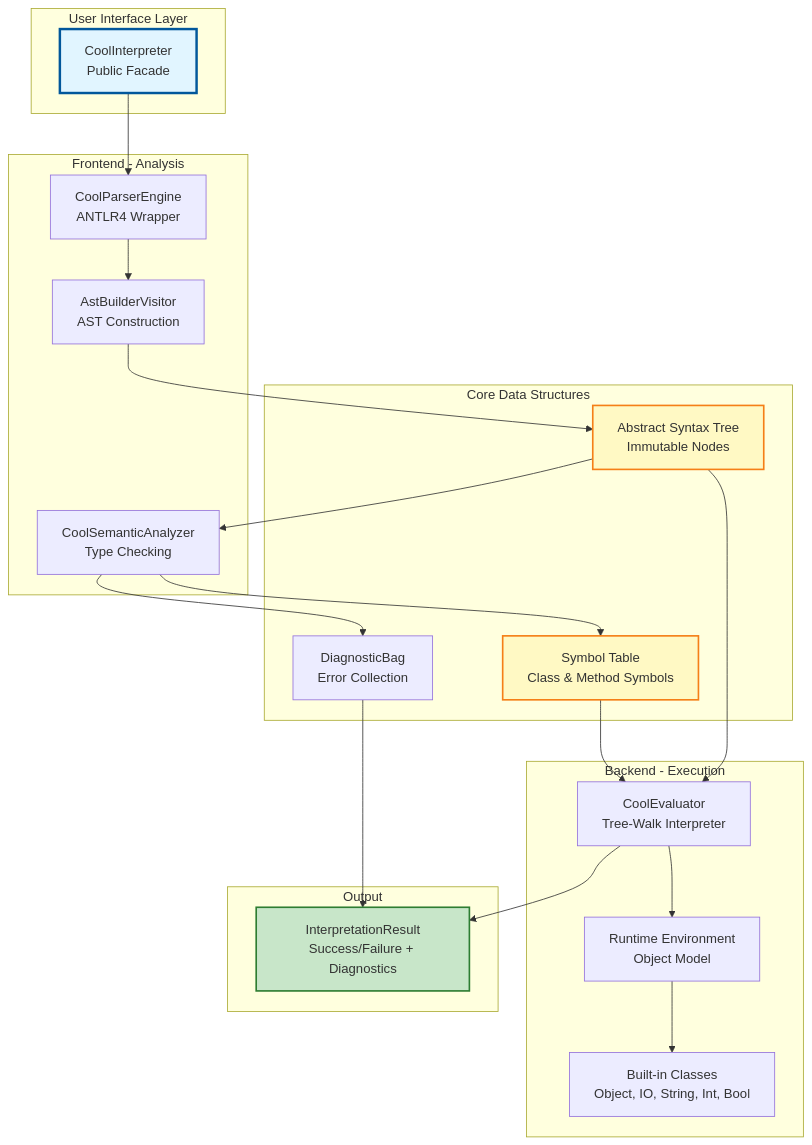
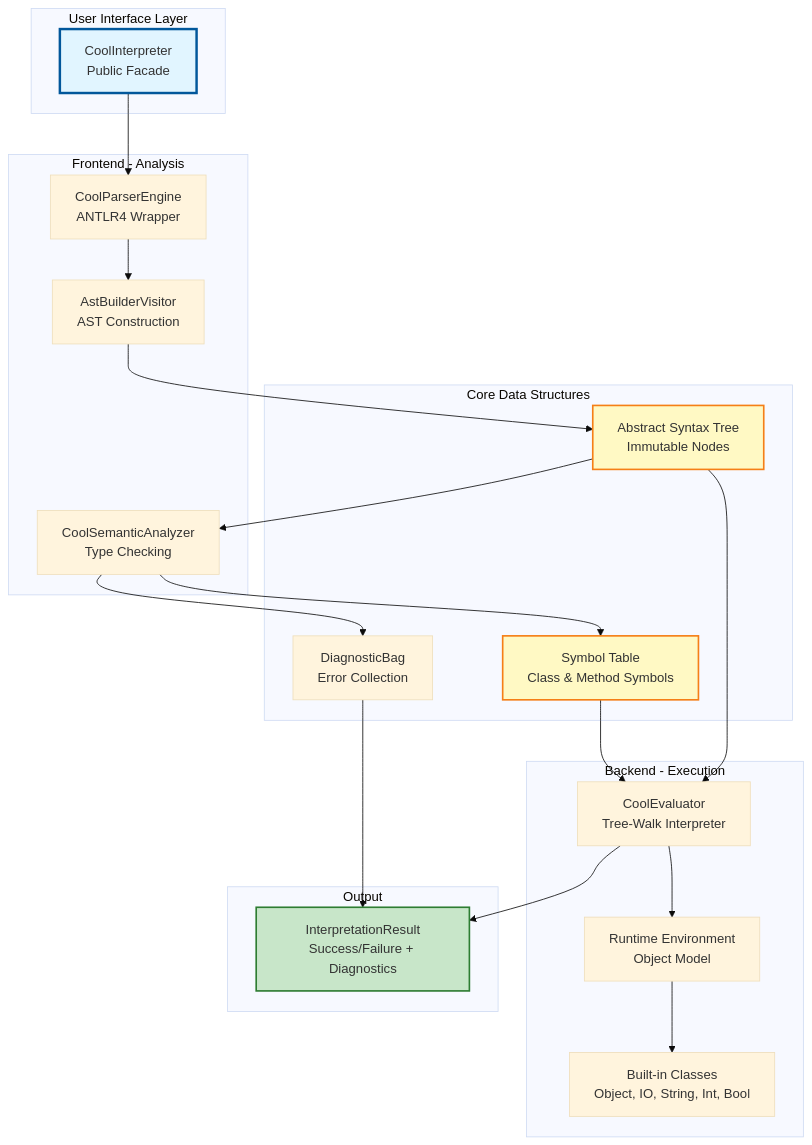
Before and after one commit to michifueby/Cool-Interpreter: the first of 6 diagrams in docs/01-ARCHITECTURE.md, drawn with Mermaid. The commit also changed other lines of this file, not shown here.

Commit message:
Update architecture documentation diagrams with font color

````diff
--- a/docs/01-ARCHITECTURE.md
+++ b/docs/01-ARCHITECTURE.md
@@ -30,48 +30,50 @@
 ```mermaid
+%%{init: {'theme': 'base', 'themeVariables': { 'textColor': '#ffffff'}}}%%
+
 flowchart TB
     subgraph "User Interface Layer"
         UI[CoolInterpreter<br/>Public Facade]
     end
     
     subgraph "Frontend - Analysis"
         Parser[CoolParserEngine<br/>ANTLR4 Wrapper]
         AstBuilder[AstBuilderVisitor<br/>AST Construction]
         SemanticAnalyzer[CoolSemanticAnalyzer<br/>Type Checking]
     end
     
     subgraph "Core Data Structures"
         AST[Abstract Syntax Tree<br/>Immutable Nodes]
         SymbolTable[Symbol Table<br/>Class & Method Symbols]
         Diagnostics[DiagnosticBag<br/>Error Collection]
     end
     
     subgraph "Backend - Execution"
         Evaluator[CoolEvaluator<br/>Tree-Walk Interpreter]
         RuntimeEnv[Runtime Environment<br/>Object Model]
         BuiltIns[Built-in Classes<br/>Object, IO, String, Int, Bool]
     end
     
     subgraph "Output"
         Result[InterpretationResult<br/>Success/Failure + Diagnostics]
     end
     
     UI --> Parser
     Parser --> AstBuilder
     AstBuilder --> AST
     AST --> SemanticAnalyzer
     SemanticAnalyzer --> SymbolTable
     SemanticAnalyzer --> Diagnostics
     
     SymbolTable --> Evaluator
     AST --> Evaluator
     Evaluator --> RuntimeEnv
     RuntimeEnv --> BuiltIns
     
     Diagnostics --> Result
     Evaluator --> Result
     
     style UI fill:#e1f5ff,stroke:#01579b,stroke-width:3px
     style AST fill:#fff9c4,stroke:#f57f17,stroke-width:2px
     style SymbolTable fill:#fff9c4,stroke:#f57f17,stroke-width:2px
     style Result fill:#c8e6c9,stroke:#2e7d32,stroke-width:2px
 ```
````
